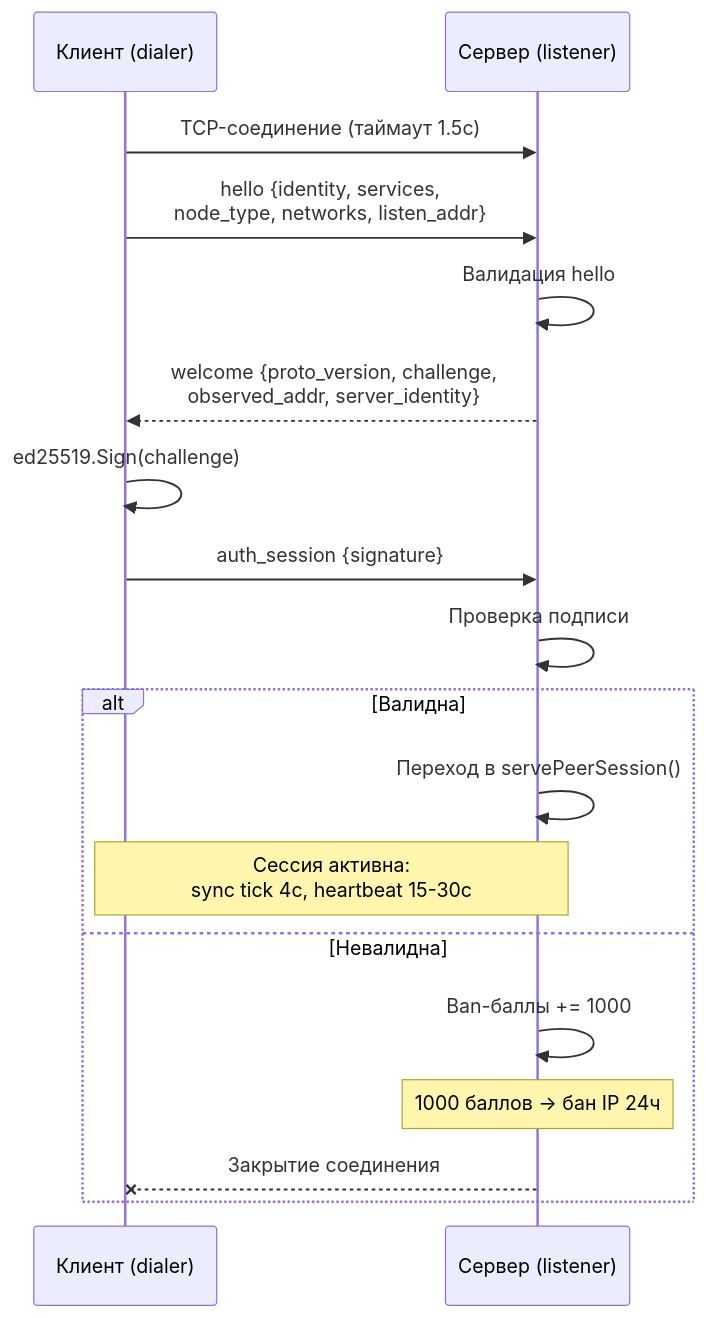
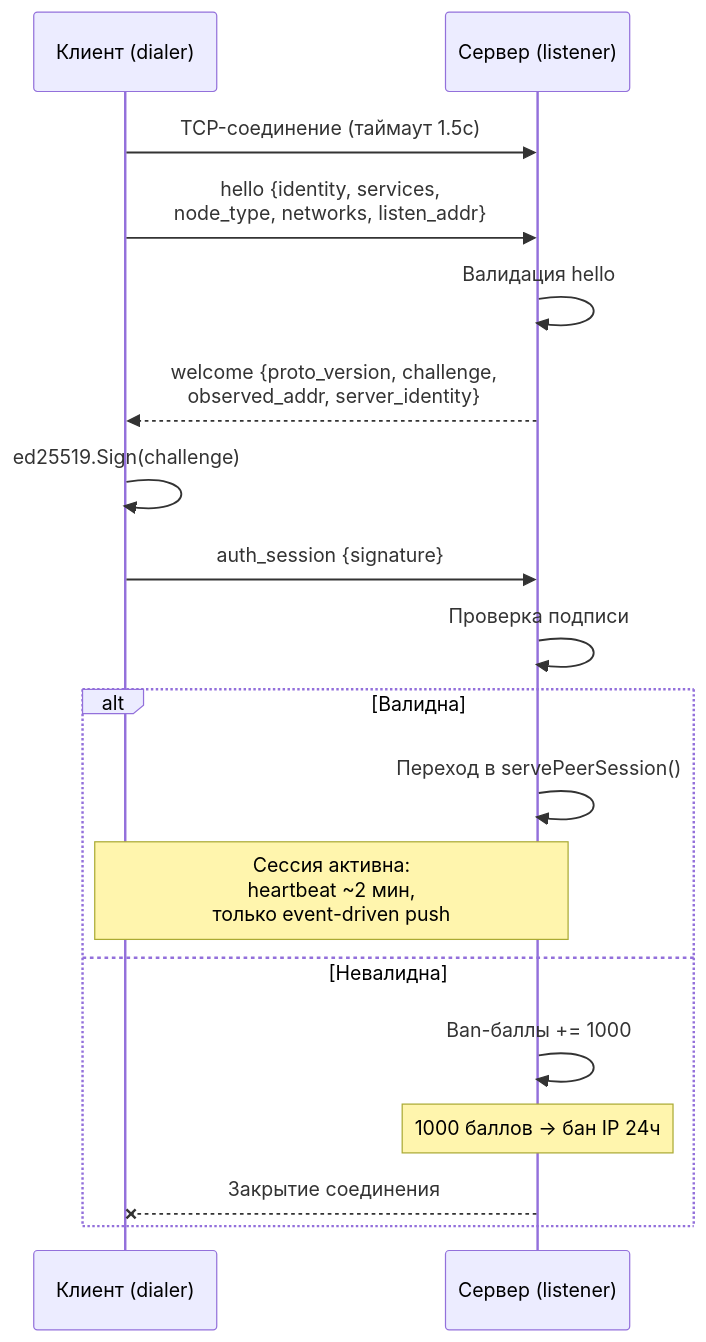
The ninth of 12 diagrams in docs/mesh.md (piratecash/corsa), drawn with Mermaid before and after one commit. The commit also changed other lines of this file and 4 other files, not shown here.

Commit message:
feat(mesh): replace periodic get_peers polling with event-driven announce_peer and harden peer discovery trust model

````diff
--- a/docs/mesh.md
+++ b/docs/mesh.md
@@ -482,21 +594,21 @@
 ```mermaid
 sequenceDiagram
     participant C as Клиент (dialer)
     participant S as Сервер (listener)
 
     C->>S: TCP-соединение (таймаут 1.5с)
     C->>S: hello {identity, services,<br/>node_type, networks, listen_addr}
     S->>S: Валидация hello
     S-->>C: welcome {proto_version, challenge,<br/>observed_addr, server_identity}
     C->>C: ed25519.Sign(challenge)
     C->>S: auth_session {signature}
     S->>S: Проверка подписи
     alt Валидна
         S->>S: Переход в servePeerSession()
-        Note over C,S: Сессия активна:<br/>sync tick 4с, heartbeat 15-30с
+        Note over C,S: Сессия активна:<br/>heartbeat ~2 мин,<br/>только event-driven push
     else Невалидна
         S->>S: Ban-баллы += 1000
         Note over S: 1000 баллов → бан IP 24ч
         S--xC: Закрытие соединения
     end
 ```
````
